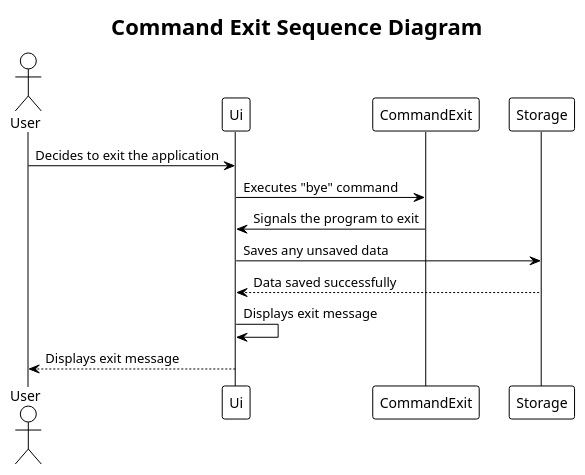
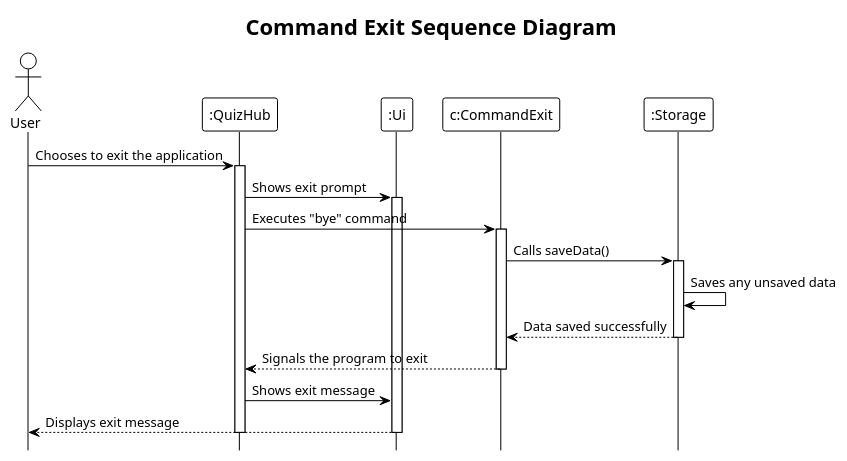
Before and after one commit to nus-cs2113-AY2324S1/tp: the diagram in docs/UML/Commands/commandExit.puml, drawn with PlantUML. The commit also changed 1 other file, not shown here.

Commit message:
Update command exit uml

```diff
--- a/docs/UML/Commands/commandExit.puml
+++ b/docs/UML/Commands/commandExit.puml
@@ -1,18 +1,30 @@
 @startuml
 !theme plain
+hide footbox
 title Command Exit Sequence Diagram
 
 actor User
-participant Ui
-participant CommandExit
-participant Storage
+participant QuizHub as ":QuizHub"
+participant Ui as ":Ui"
+participant CommandExit as "c:CommandExit"
+participant Storage as ":Storage"
 
-User -> Ui: Decides to exit the application
-Ui -> CommandExit: Executes "bye" command
-CommandExit -> Ui: Signals the program to exit
-Ui -> Storage: Saves any unsaved data
-Storage --> Ui: Data saved successfully
-Ui -> Ui: Displays exit message
+User -> QuizHub: Chooses to exit the application
+activate QuizHub
+QuizHub -> Ui : Shows exit prompt
+activate Ui
+QuizHub -> CommandExit: Executes "bye" command
+activate CommandExit
+CommandExit -> Storage: Calls saveData()
+activate Storage
+Storage -> Storage: Saves any unsaved data
+Storage --> CommandExit: Data saved successfully
+deactivate Storage
+CommandExit --> QuizHub: Signals the program to exit
+deactivate CommandExit
+QuizHub -> Ui: Shows exit message
 Ui --> User: Displays exit message
+deactivate Ui
+deactivate QuizHub
 
 @enduml
```
